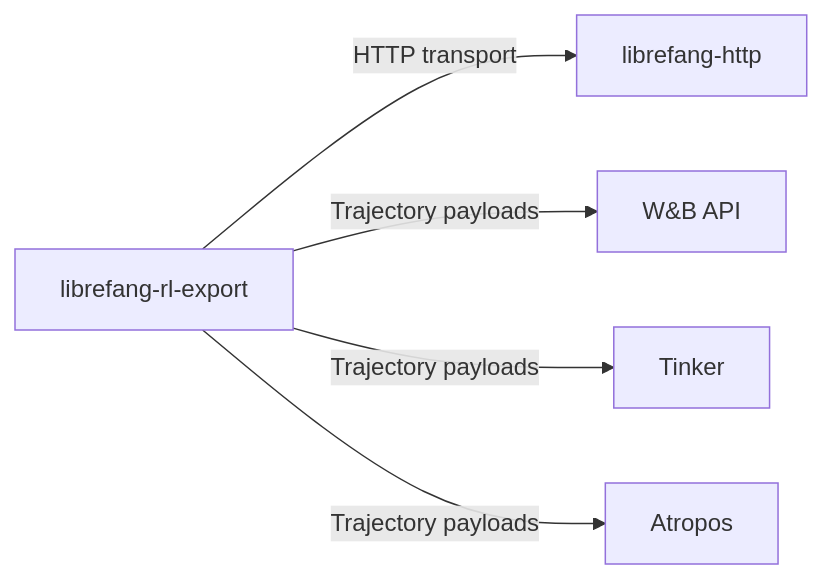
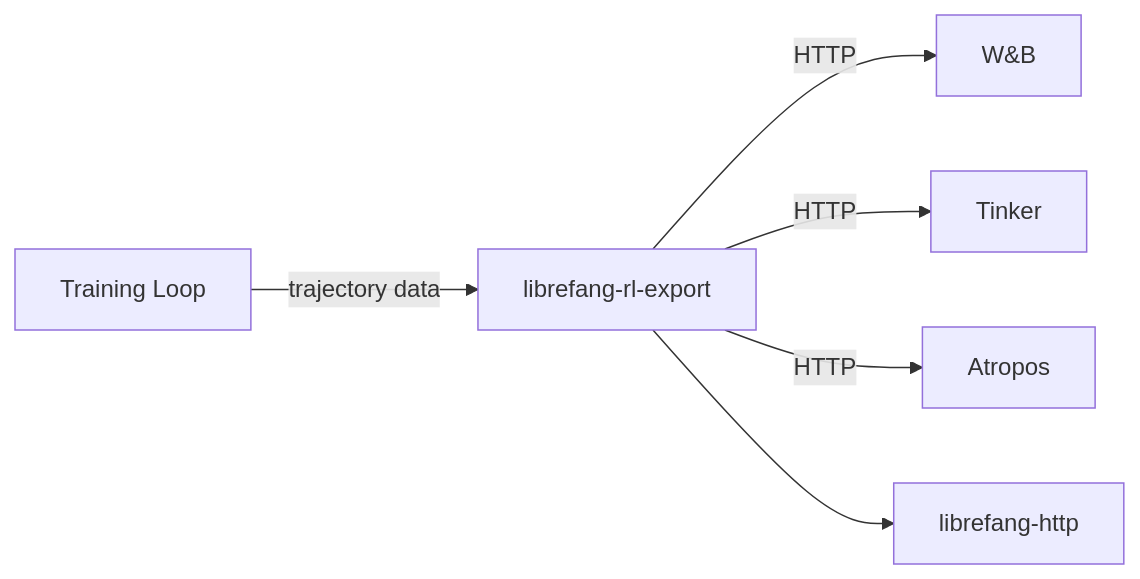
One commit to leszek3737/librefang-WIki changed the diagram in other-librefang-rl-export.md. Above: the diagram before and after it, drawn with Mermaid. The commit also changed other lines of this file and 125 other files, not shown here.

````diff
--- a/other-librefang-rl-export.md
+++ b/other-librefang-rl-export.md
@@ -15,7 +13,8 @@
 ```mermaid
 graph LR
-    A[librefang-rl-export] -->|HTTP transport| B[librefang-http]
-    A -->|Trajectory payloads| C[W&B API]
-    A -->|Trajectory payloads| D[Tinker]
-    A -->|Trajectory payloads| E[Atropos]
+    A[Training Loop] -->|trajectory data| B[librefang-rl-export]
+    B -->|HTTP| C[W&B]
+    B -->|HTTP| D[Tinker]
+    B -->|HTTP| E[Atropos]
+    B --> F[librefang-http]
 ```
````
